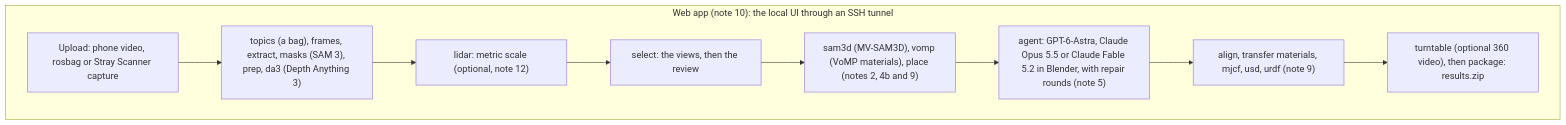
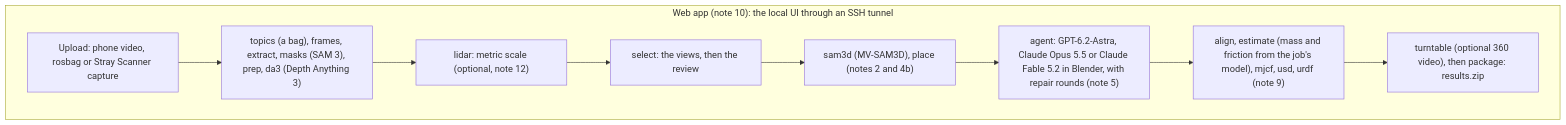
The diagram in docs/build_plan.md (lunarlab-gatech/HARPOR), drawn with Mermaid before and after one commit. The commit also changed other lines of this file and 47 other files, not shown here.

Commit message:
vomp removal and agentic mass and friction guess

````diff
--- a/docs/build_plan.md
+++ b/docs/build_plan.md
@@ -81,14 +85,14 @@
 ```mermaid
 flowchart TB
   subgraph WEB["Web app (note 10): the local UI through an SSH tunnel"]
     input["Upload: phone video, rosbag or Stray Scanner capture"]
     analyze["topics (a bag), frames, extract, masks (SAM 3), prep, da3 (Depth Anything 3)"]
     lidar["lidar: metric scale (optional, note 12)"]
     select["select: the views, then the review"]
-    stageA["sam3d (MV-SAM3D), vomp (VoMP materials), place (notes 2, 4b and 9)"]
-    agent["agent: GPT-6-Astra, Claude Opus 5.5 or Claude Fable 5.2 in Blender, with repair rounds (note 5)"]
-    physics["align, transfer materials, mjcf, usd, urdf (note 9)"]
+    stageA["sam3d (MV-SAM3D), place (notes 2 and 4b)"]
+    agent["agent: GPT-6.2-Astra, Claude Opus 5.5 or Claude Fable 5.2 in Blender, with repair rounds (note 5)"]
+    physics["align, estimate (mass and friction from the job's model), mjcf, usd, urdf (note 9)"]
     package["turntable (optional 360 video), then package: results.zip"]
   end
   input --> analyze --> lidar --> select --> stageA --> agent --> physics --> package
 ```
````
